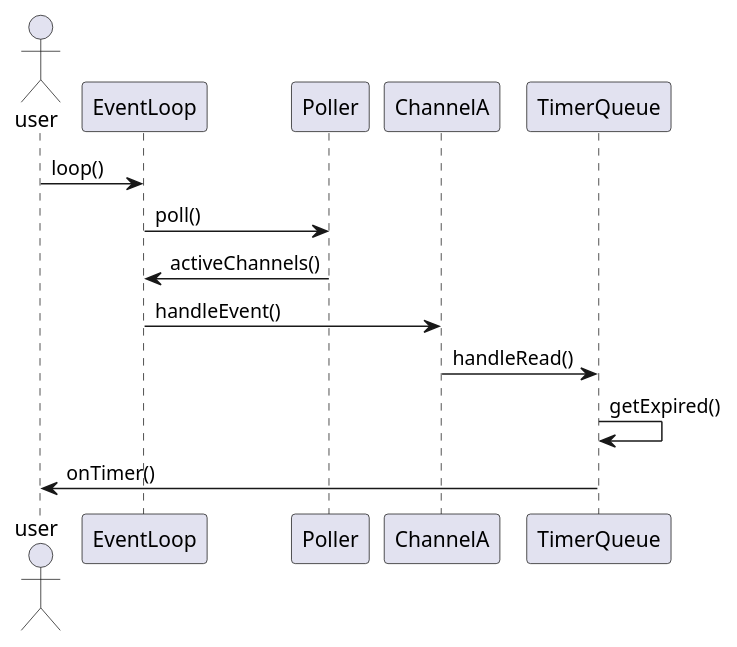
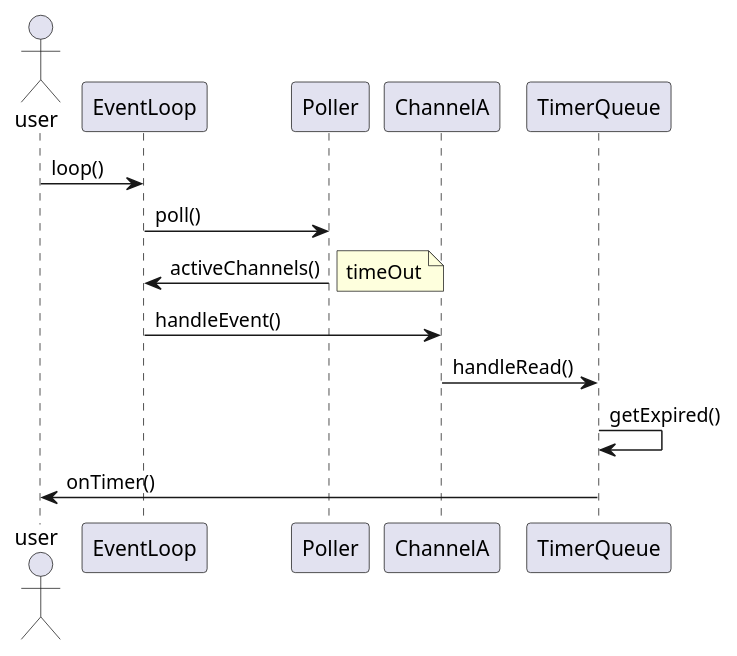
The third of 3 diagrams in muduo/net/Channel.puml (shea825/muduoLib), drawn with PlantUML before and after one commit. The commit also changed 3 other files, not shown here.

```diff
--- a/muduo/net/Channel.puml
+++ b/muduo/net/Channel.puml
@@ -21,10 +21,11 @@
 @startuml
 actor user
 user -> EventLoop: loop()
 EventLoop -> Poller: poll()
 Poller -> EventLoop: activeChannels()
+note right: timeOut
 EventLoop -> ChannelA: handleEvent()
 ChannelA -> TimerQueue: handleRead()
 TimerQueue -> TimerQueue: getExpired()
 TimerQueue -> user: onTimer()
 @enduml
```
